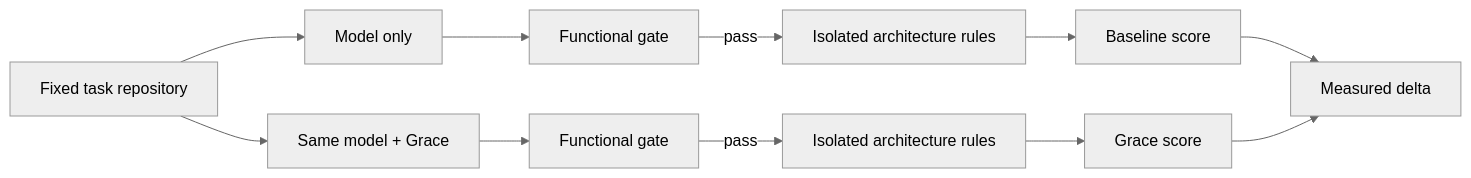
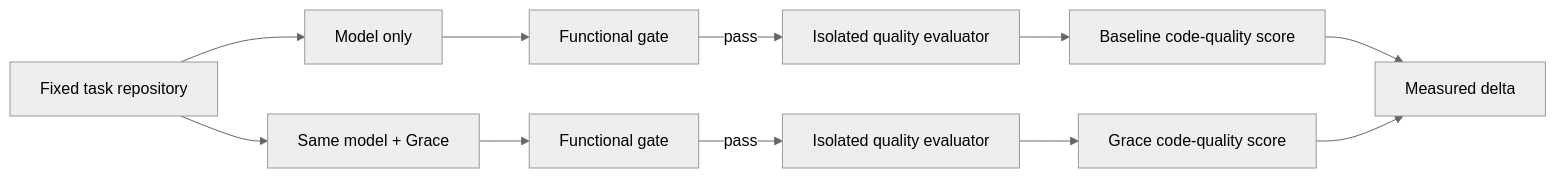
One commit to HoppR-tech/codeconform-bench changed the first of 4 diagrams in README.md. Above: the diagram before and after it, drawn with Mermaid (neutral theme). The commit also changed other lines of this file and 38 other files, not shown here.

Commit message:
feat(benchmark): score end-to-end code quality

````diff
--- a/README.md
+++ b/README.md
@@ -34,13 +35,13 @@
 ```mermaid
 flowchart LR
     T[Fixed task repository] --> B[Model only]
     T --> G[Same model + Grace]
     B --> F1[Functional gate]
     G --> F2[Functional gate]
-    F1 -->|pass| A1[Isolated architecture rules]
-    F2 -->|pass| A2[Isolated architecture rules]
-    A1 --> S1[Baseline score]
-    A2 --> S2[Grace score]
+    F1 -->|pass| A1[Isolated quality evaluator]
+    F2 -->|pass| A2[Isolated quality evaluator]
+    A1 --> S1[Baseline code-quality score]
+    A2 --> S2[Grace code-quality score]
     S1 --> D[Measured delta]
     S2 --> D
 ```
````
